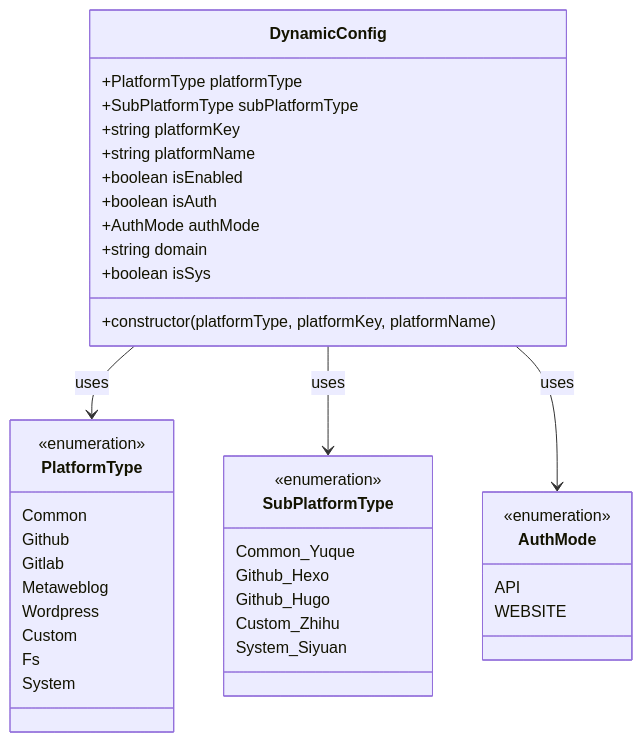
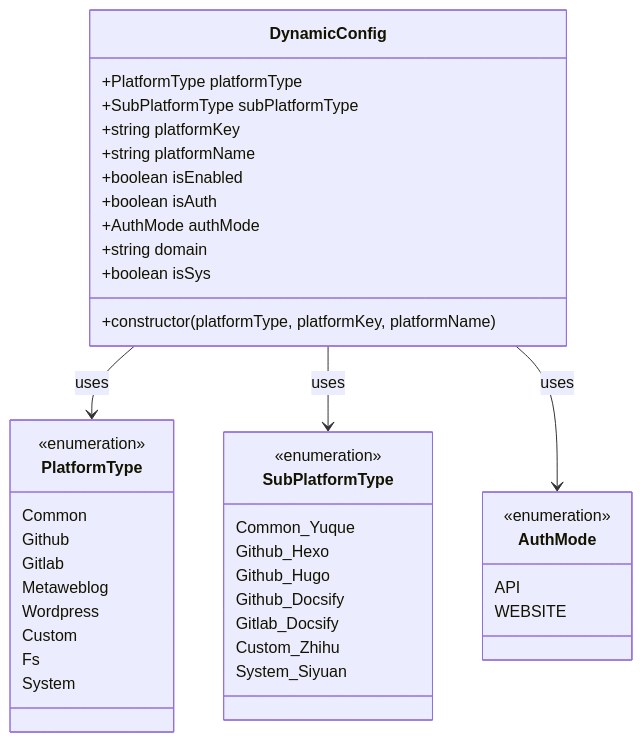
The third of 12 diagrams in .qoder/repowiki/zh/content/Platform Configuration System.md (terwer/siyuan-plugin-publisher), drawn with Mermaid before and after one commit. The commit also changed other lines of this file and 2 other files, not shown here.

First line of the commit message:
feat(platform): add Docsify subplatform support for static site adapters

````diff
--- a/.qoder/repowiki/zh/content/Platform Configuration System.md
+++ b/.qoder/repowiki/zh/content/Platform Configuration System.md
@@ -164,42 +190,44 @@
 ```mermaid
 classDiagram
 class DynamicConfig {
 +PlatformType platformType
 +SubPlatformType subPlatformType
 +string platformKey
 +string platformName
 +boolean isEnabled
 +boolean isAuth
 +AuthMode authMode
 +string domain
 +boolean isSys
 +constructor(platformType, platformKey, platformName)
 }
 class PlatformType {
 <<enumeration>>
 Common
 Github
 Gitlab
 Metaweblog
 Wordpress
 Custom
 Fs
 System
 }
 class SubPlatformType {
 <<enumeration>>
 Common_Yuque
 Github_Hexo
 Github_Hugo
+Github_Docsify
+Gitlab_Docsify
 Custom_Zhihu
 System_Siyuan
 }
 class AuthMode {
 <<enumeration>>
 API
 WEBSITE
 }
 DynamicConfig --> PlatformType : uses
 DynamicConfig --> SubPlatformType : uses
 DynamicConfig --> AuthMode : uses
 ```
````
